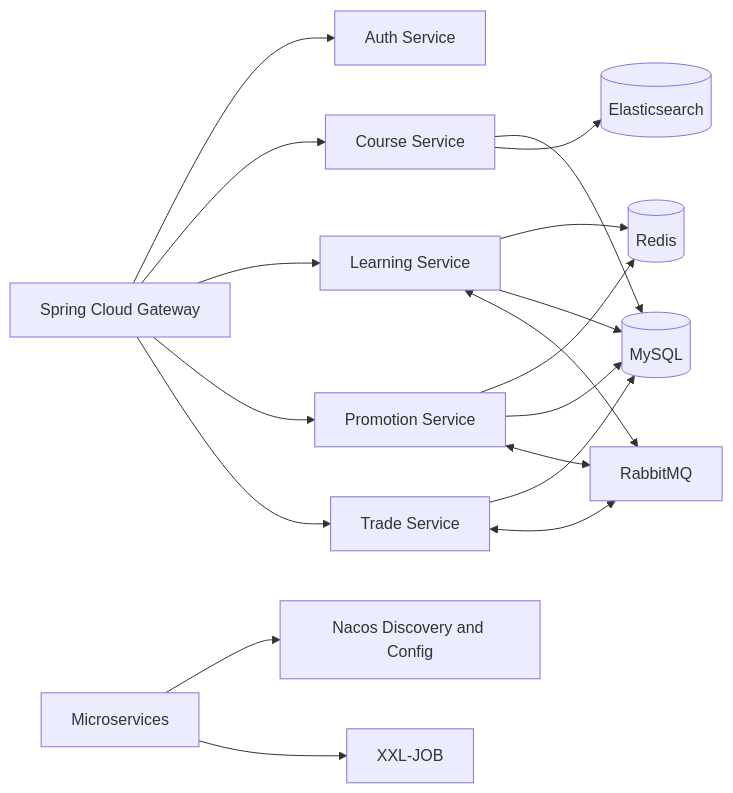
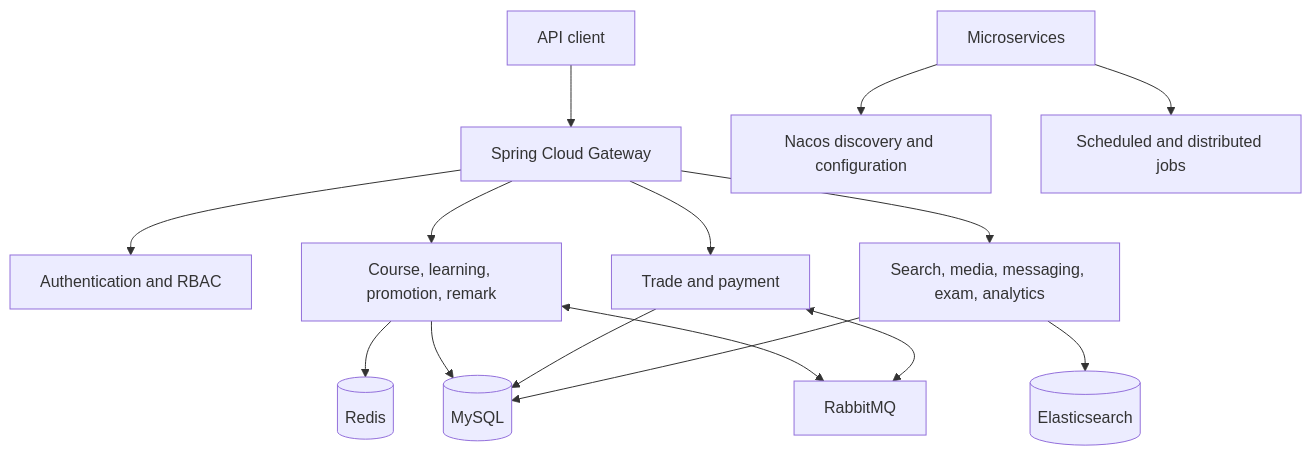
One commit to tiancaiq/learnforge changed the second of 2 diagrams in README.md. Above: the diagram before and after it, drawn with Mermaid. The commit also changed other lines of this file, not shown here.

````diff
--- a/README.md
+++ b/README.md
@@ -35,22 +51,19 @@
 ```mermaid
-flowchart LR
-    Gateway[Spring Cloud Gateway] --> Auth[Auth Service]
-    Gateway --> Course[Course Service]
-    Gateway --> Learning[Learning Service]
-    Gateway --> Promotion[Promotion Service]
-    Gateway --> Trade[Trade Service]
+flowchart TB
+    Client["API client"] --> Gateway["Spring Cloud Gateway"]
+    Gateway --> Auth["Authentication and RBAC"]
+    Gateway --> Core["Course, learning, promotion, remark"]
+    Gateway --> Commerce["Trade and payment"]
+    Gateway --> Support["Search, media, messaging, exam, analytics"]
 
-    Learning --> Redis[(Redis)]
-    Promotion --> Redis
-    Course --> MySQL[(MySQL)]
-    Learning --> MySQL
-    Promotion --> MySQL
-    Trade --> MySQL
+    Core --> Redis[(Redis)]
+    Core --> MySQL[(MySQL)]
+    Core <--> MQ[RabbitMQ]
+    Commerce --> MySQL
+    Commerce <--> MQ
+    Support --> MySQL
+    Support --> Search[(Elasticsearch)]
 
-    Learning <--> MQ[RabbitMQ]
-    Promotion <--> MQ
-    Trade <--> MQ
-    Course --> Search[(Elasticsearch)]
-    Services[Microservices] --> Nacos[Nacos Discovery and Config]
-    Services --> Jobs[XXL-JOB]
+    Services["Microservices"] --> Discovery["Nacos discovery and configuration"]
+    Services --> Jobs["Scheduled and distributed jobs"]
 ```
````
